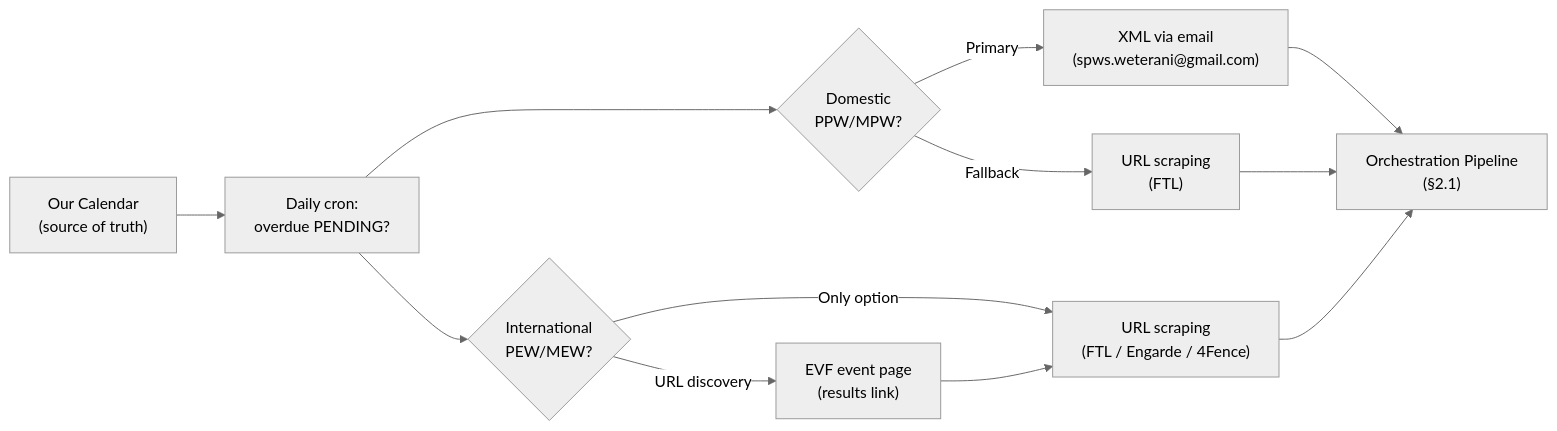
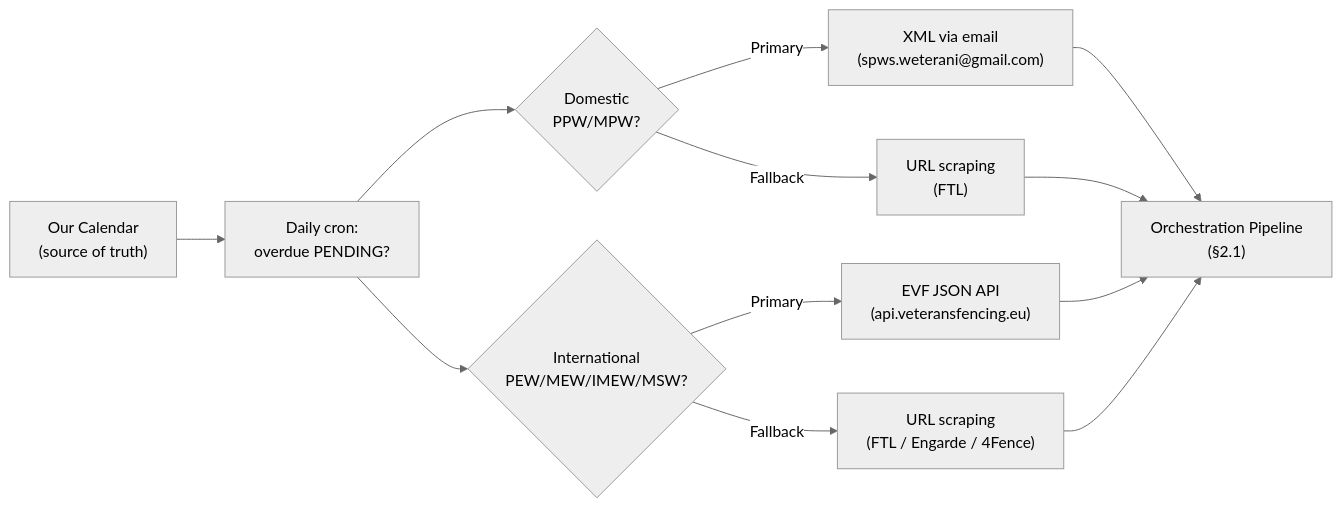
The fifth of 6 diagrams in doc/Go-to-PROD.md (Fencer4Life/spws-automated-ranklist), drawn with Mermaid (neutral theme) before and after one commit. The commit also changed other lines of this file, not shown here.

First line of the commit message:
Update Go-to-PROD test counts (696 total), clean up PEW10 from PROD

````diff
--- a/doc/Go-to-PROD.md
+++ b/doc/Go-to-PROD.md
@@ -273,18 +287,18 @@
 ```mermaid
 flowchart LR
     CAL["Our Calendar\n(source of truth)"] --> CRON["Daily cron:\noverdue PENDING?"]
 
     CRON --> DOM{"Domestic\nPPW/MPW?"}
-    CRON --> INT{"International\nPEW/MEW?"}
+    CRON --> INT{"International\nPEW/MEW/IMEW/MSW?"}
 
     DOM -->|"Primary"| XML["XML via email\n(spws.weterani@gmail.com)"]
     DOM -->|"Fallback"| URL_D["URL scraping\n(FTL)"]
 
-    INT -->|"Only option"| URL_I["URL scraping\n(FTL / Engarde / 4Fence)"]
-    INT -->|"URL discovery"| EVF["EVF event page\n(results link)"]
+    INT -->|"Primary"| EVF["EVF JSON API\n(api.veteransfencing.eu)"]
+    INT -->|"Fallback"| URL_I["URL scraping\n(FTL / Engarde / 4Fence)"]
 
     XML --> PIPE["Orchestration Pipeline\n(§2.1)"]
     URL_D --> PIPE
+    EVF --> PIPE
     URL_I --> PIPE
-    EVF --> URL_I
 ```
````
